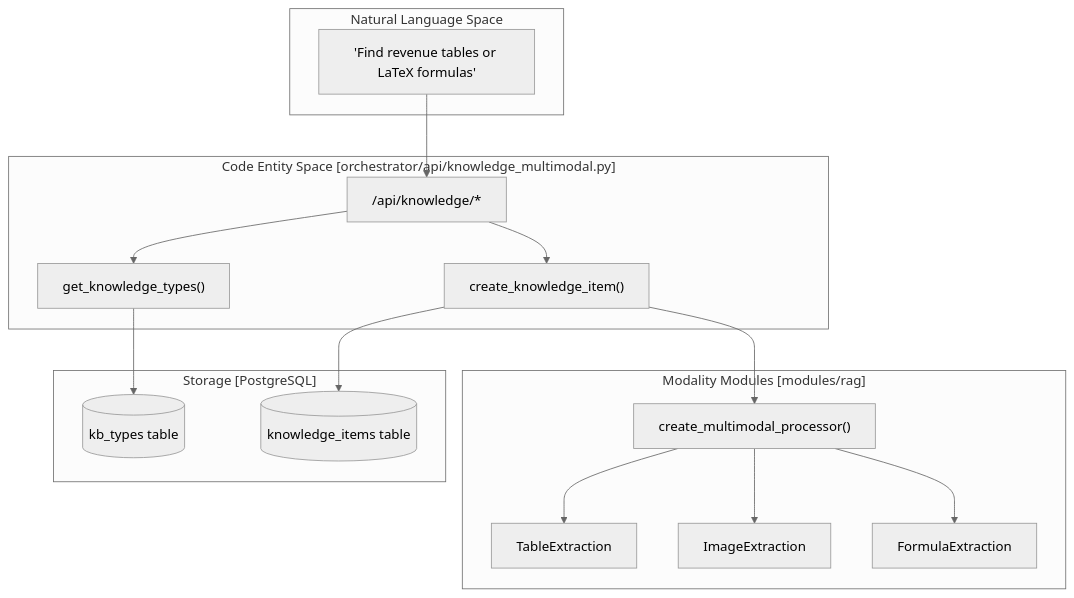
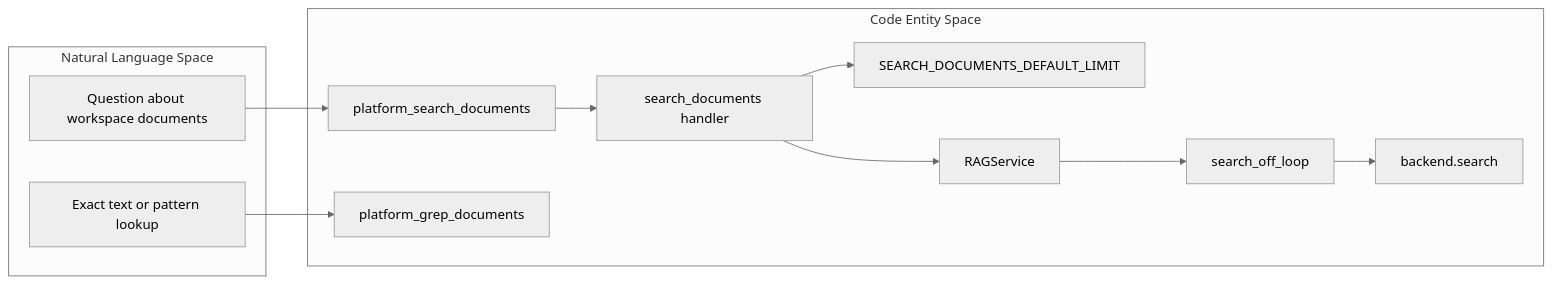
One commit to AutomatosAI/automatos-ai changed the second of 2 diagrams in docs/knowledge-base-rag/documents-api-reference.md. Above: the diagram before and after it, drawn with Mermaid (neutral theme). The commit also changed other lines of this file and 188 other files, not shown here.

First line of the commit message:
docs: refresh architecture docs and add coverage for new subsystems (#1416)

````diff
--- a/docs/knowledge-base-rag/documents-api-reference.md
+++ b/docs/knowledge-base-rag/documents-api-reference.md
@@ -150,34 +94,25 @@
 ```mermaid
-graph TB
+flowchart LR
     subgraph "Natural Language Space"
-        NLQuery["'Find revenue tables or LaTeX formulas'"]
+        Question["Question about workspace documents"]
+        ExactLookup["Exact text or pattern lookup"]
     end
 
-    subgraph "Code Entity Space [orchestrator/api/knowledge_multimodal.py]"
-        API["/api/knowledge/*"]
-        Types["get_knowledge_types()"]
-        Items["create_knowledge_item()"]
+    subgraph "Code Entity Space"
+        SearchAction["platform_search_documents"]
+        GrepAction["platform_grep_documents"]
+        SearchHandler["search_documents handler"]
+        SearchLimits["SEARCH_DOCUMENTS_DEFAULT_LIMIT"]
+        RagService["RAGService"]
+        SearchOffLoop["search_off_loop"]
+        BackendSearch["backend.search"]
     end
 
-    subgraph "Modality Modules [modules/rag]"
-        MP["create_multimodal_processor()"]
-        TE["TableExtraction"]
-        IE["ImageExtraction"]
-        FE["FormulaExtraction"]
-    end
-
-    subgraph "Storage [PostgreSQL]"
-        KBTypes[("kb_types table")]
-        KBItems[("knowledge_items table")]
-    end
-
-    NLQuery --> API
-    API --> Types
-    API --> Items
-    Types --> KBTypes
-    Items --> KBItems
-    Items --> MP
-    MP --> TE
-    MP --> IE
-    MP --> FE
+    Question --> SearchAction
+    SearchAction --> SearchHandler
+    SearchHandler --> SearchLimits
+    SearchHandler --> RagService
+    RagService --> SearchOffLoop
+    SearchOffLoop --> BackendSearch
+    ExactLookup --> GrepAction
 ```
````
